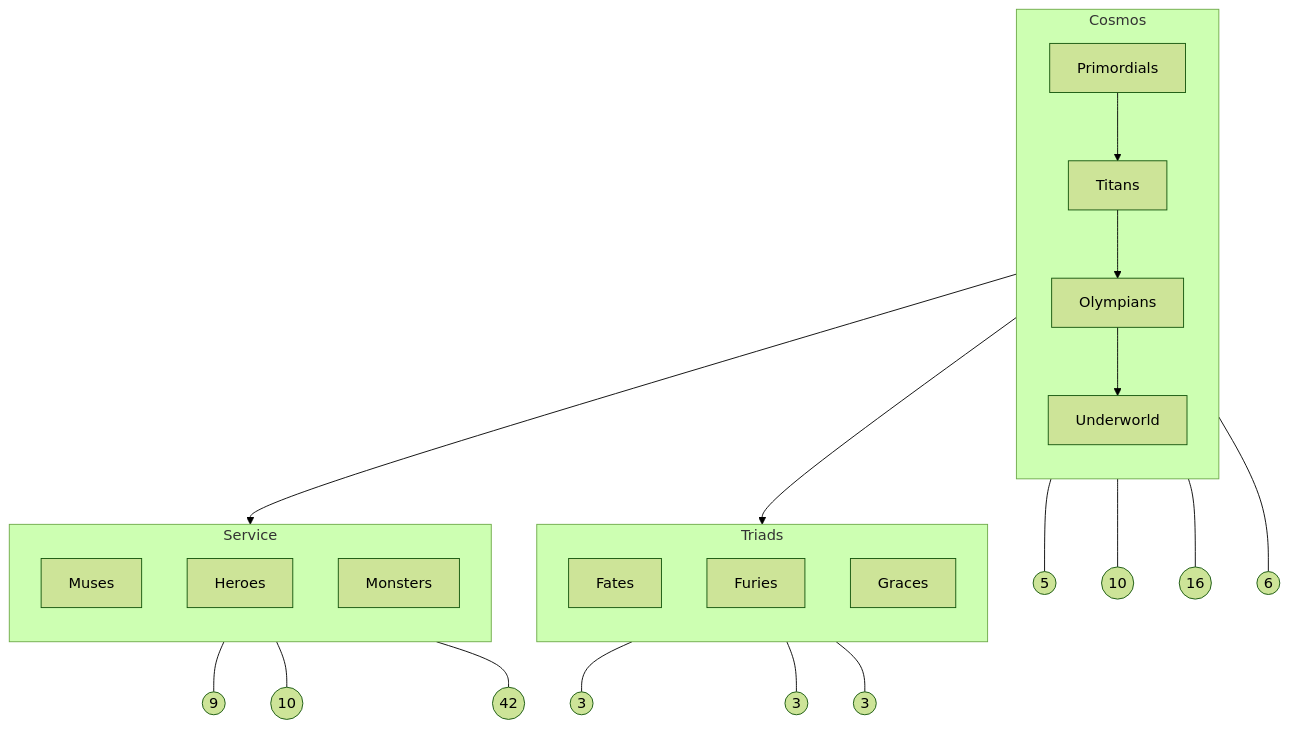
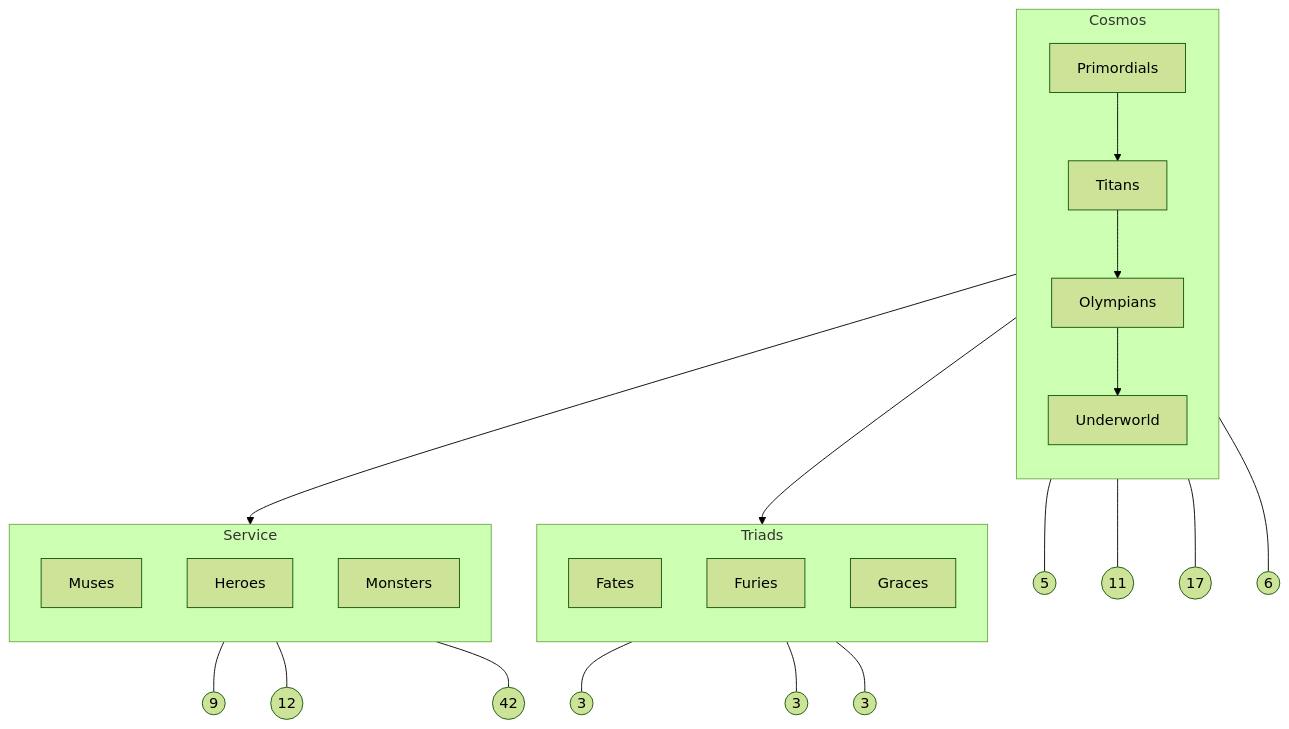
One commit to EgorKhaklin/olympus-ai changed the second of 2 diagrams in codex/ARCHITECTURE.md. Above: the diagram before and after it, drawn with Mermaid (forest theme). The commit also changed other lines of this file and 25 other files, not shown here.

````diff
--- a/codex/ARCHITECTURE.md
+++ b/codex/ARCHITECTURE.md
@@ -127,42 +129,42 @@
 ```mermaid
 %% Tier map — generated by Daedalus.
 flowchart TB
 
     subgraph Cosmos
         direction TB
         Primordials[Primordials]
         Titans[Titans]
         Olympians[Olympians]
         Underworld[Underworld]
     end
 
     subgraph Triads
         direction TB
         Fates[Fates]
         Furies[Furies]
         Graces[Graces]
     end
 
     subgraph Service
         direction TB
         Muses[Muses]
         Heroes[Heroes]
         Monsters[Monsters]
     end
 
     Primordials --> Titans --> Olympians
     Olympians --> Underworld
     Olympians --> Triads
     Olympians --> Service
 
     Primordials --- PrimordialsCount((5))
-    Titans --- TitansCount((10))
-    Olympians --- OlympiansCount((16))
+    Titans --- TitansCount((11))
+    Olympians --- OlympiansCount((17))
     Underworld --- UnderworldCount((6))
     Fates --- FatesCount((3))
     Furies --- FuriesCount((3))
     Graces --- GracesCount((3))
     Muses --- MusesCount((9))
-    Heroes --- HeroesCount((10))
+    Heroes --- HeroesCount((12))
     Monsters --- MonstersCount((42))
 ```
````
